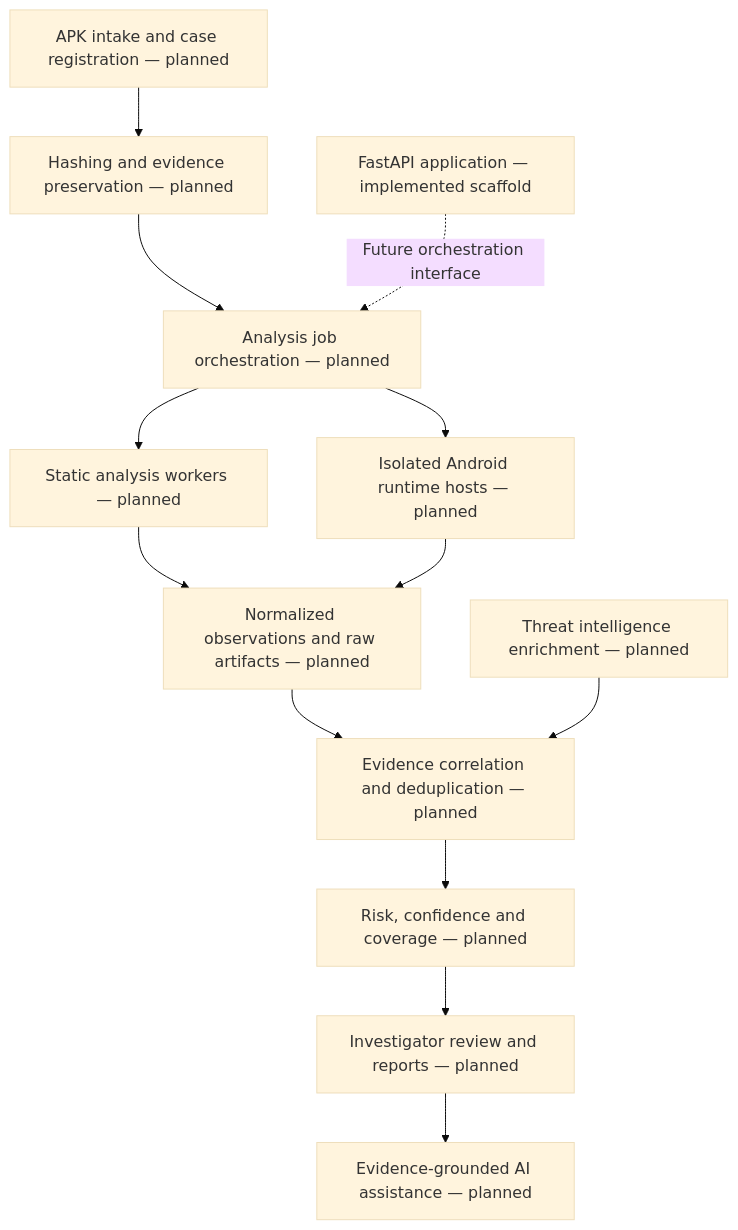
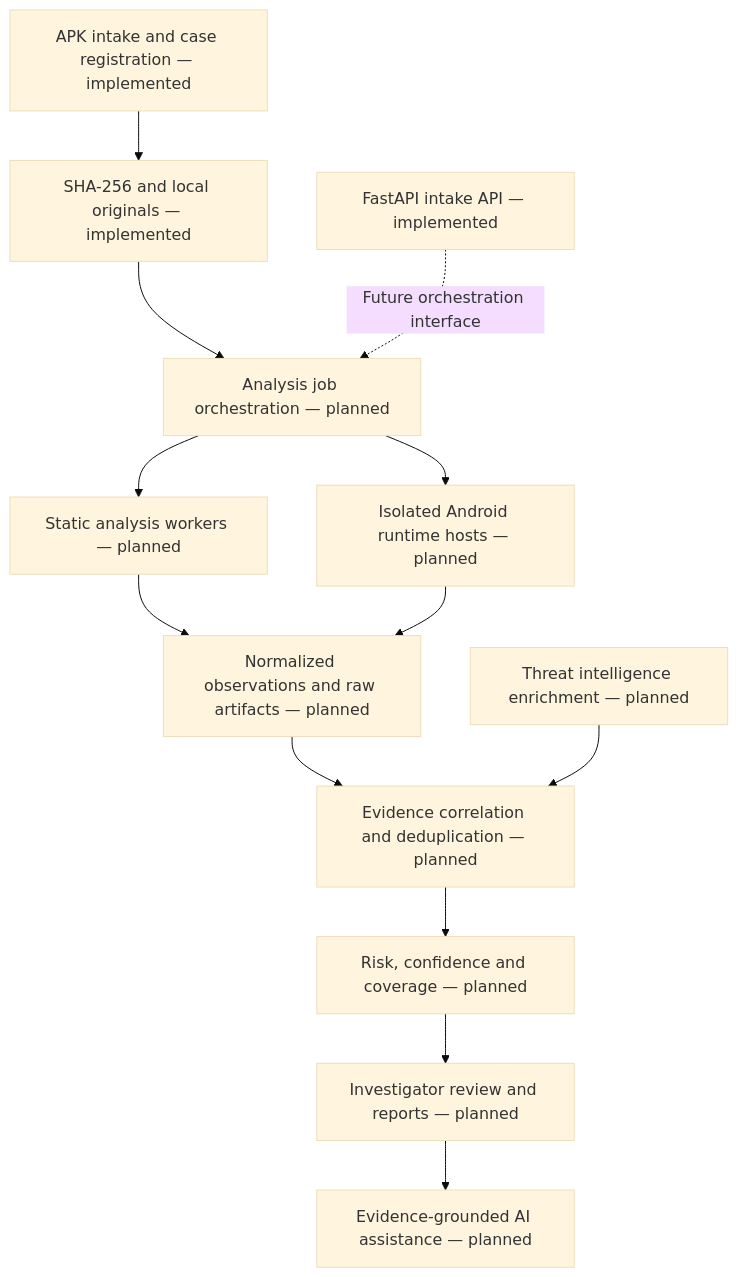
The diagram in README.md (SauravRoy50080/GoDeEp-PS-2), drawn with Mermaid (base theme) before and after one commit. The commit also changed other lines of this file and 23 other files, not shown here.

Commit message:
feat(backend): add case management and bounded APK evidence intake

````diff
--- a/README.md
+++ b/README.md
@@ -90,15 +91,15 @@
 ```mermaid
 flowchart TD
-    A["APK intake and case registration — planned"] --> B["Hashing and evidence preservation — planned"]
+    A["APK intake and case registration — implemented"] --> B["SHA-256 and local originals — implemented"]
     B --> C["Analysis job orchestration — planned"]
     C --> D["Static analysis workers — planned"]
     C --> E["Isolated Android runtime hosts — planned"]
     D --> F["Normalized observations and raw artifacts — planned"]
     E --> F
     F --> G["Evidence correlation and deduplication — planned"]
     H["Threat intelligence enrichment — planned"] --> G
     G --> I["Risk, confidence and coverage — planned"]
     I --> J["Investigator review and reports — planned"]
     J --> K["Evidence-grounded AI assistance — planned"]
-    L["FastAPI application — implemented scaffold"] -. "Future orchestration interface" .-> C
+    L["FastAPI intake API — implemented"] -. "Future orchestration interface" .-> C
 ```
````
